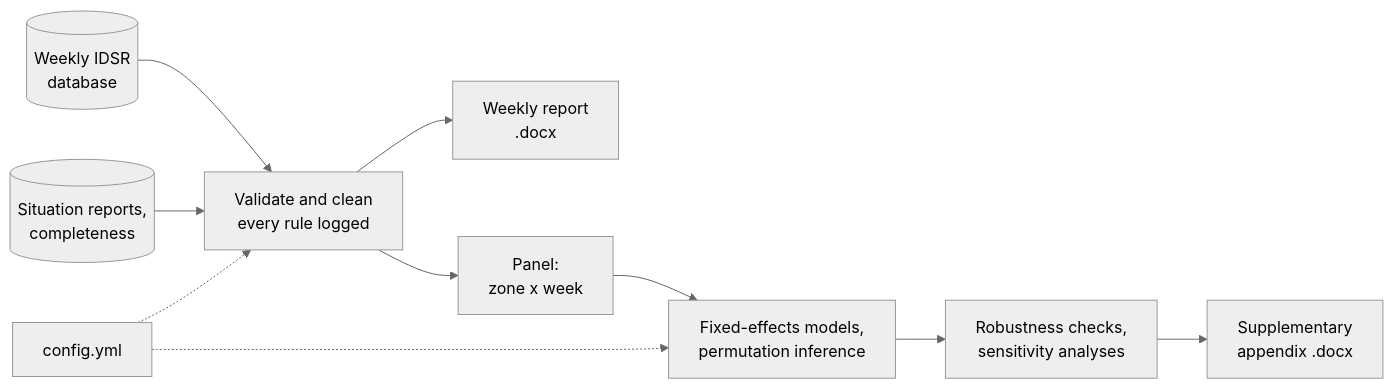
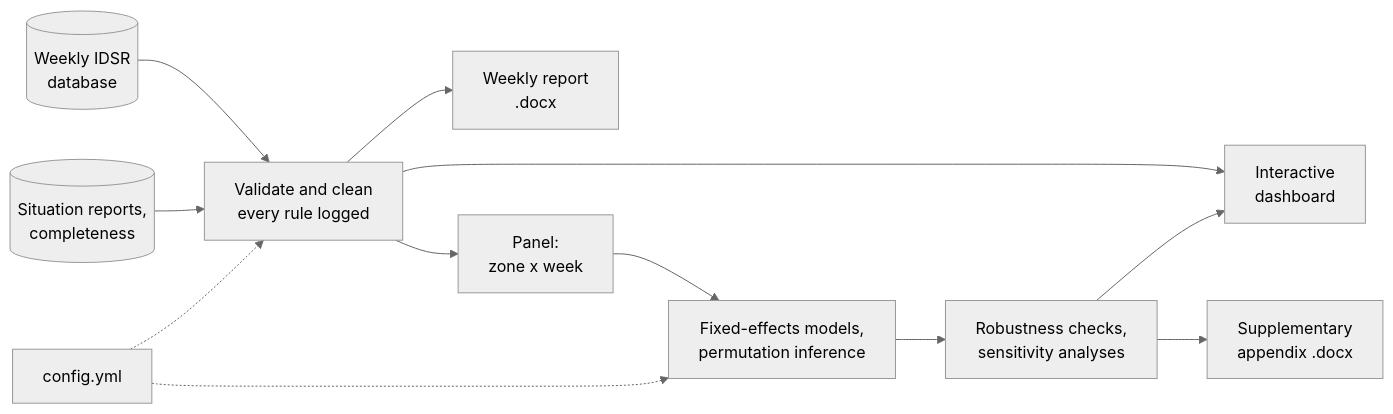
Before and after one commit to Abson-dev/ituri-situation-epidemiologique: the diagram in README.md, drawn with Mermaid (neutral theme). The commit also changed other lines of this file and 3 other files, not shown here.

````diff
--- a/README.md
+++ b/README.md
@@ -32,12 +50,14 @@
 ```mermaid
 flowchart LR
     A[(Weekly IDSR<br/>database)] --> C[Validate and clean<br/>every rule logged]
     B[(Situation reports,<br/>completeness)] --> C
     C --> D[Weekly report<br/>.docx]
+    C --> J[Interactive<br/>dashboard]
     C --> E[Panel:<br/>zone x week]
     E --> F[Fixed-effects models,<br/>permutation inference]
     F --> G[Robustness checks,<br/>sensitivity analyses]
     G --> H[Supplementary<br/>appendix .docx]
+    G --> J
     I[config.yml] -.-> C
     I -.-> F
 ```
````
